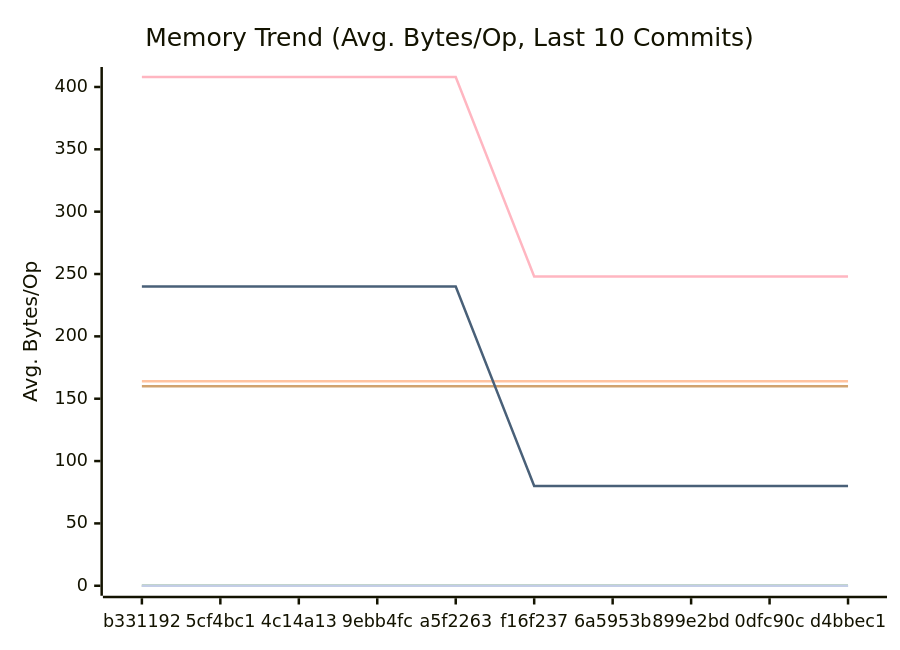
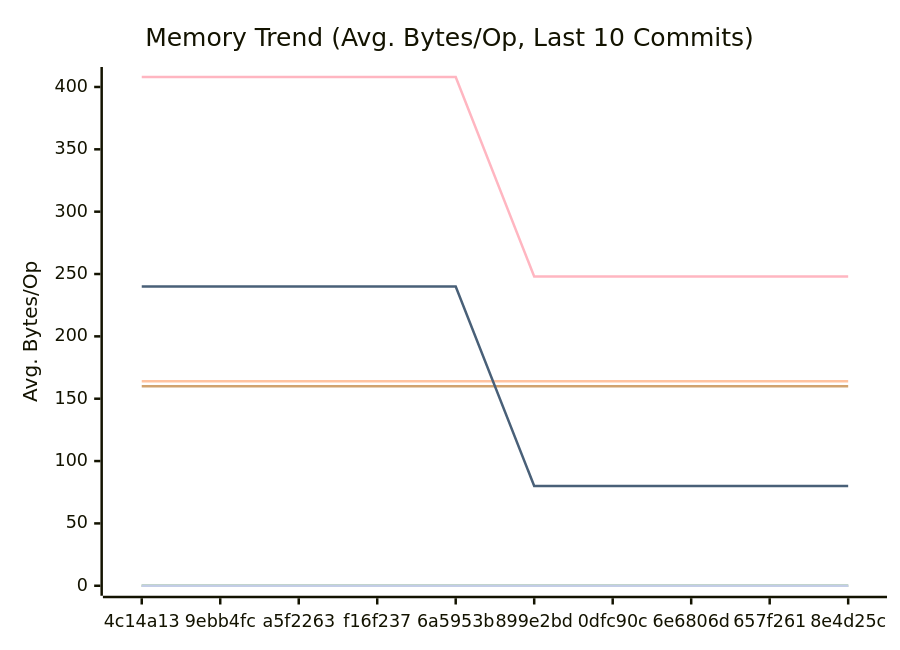
Before and after one commit to alsotoes/momo: the second of 3 diagrams in docs/PERFORMANCE.md, drawn with Mermaid. The commit also changed other lines of this file and 27 other files, not shown here.

````diff
--- a/docs/PERFORMANCE.md
+++ b/docs/PERFORMANCE.md
@@ -97,16 +97,16 @@
 ```mermaid
 xychart-beta
     title "Memory Trend (Avg. Bytes/Op, Last 10 Commits)"
     x-axis "Commit"
     y-axis "Avg. Bytes/Op"
-    x-axis [b331192,5cf4bc1,4c14a13,9ebb4fc,a5f2263,f16f237,6a5953b,899e2bd,0dfc90c,d4bbec1]
+    x-axis [4c14a13,9ebb4fc,a5f2263,f16f237,6a5953b,899e2bd,0dfc90c,6e6806d,657f261,8e4d25c]
     line "CheckMetricsAndSwap" [0,0,0,0,0,0,0,0,0,0]
     line "CrushOptimized" [0,0,0,0,0,0,0,0,0,0]
     line "CrushOriginal" [164,164,164,164,164,164,164,164,164,164]
     line "IndexDirectTracking" [0,0,0,0,0,0,0,0,0,0]
     line "IndexSearch" [0,0,0,0,0,0,0,0,0,0]
     line "LoadGlobalConfig" [160,160,160,160,160,160,160,160,160,160]
     line "PadString" [0,0,0,0,0,0,0,0,0,0]
     line "ParseReplicationOrder_NoPrealloc" [408,408,408,408,408,248,248,248,248,248]
     line "ParseReplicationOrder_Prealloc" [240,240,240,240,240,80,80,80,80,80]
 ```
````
